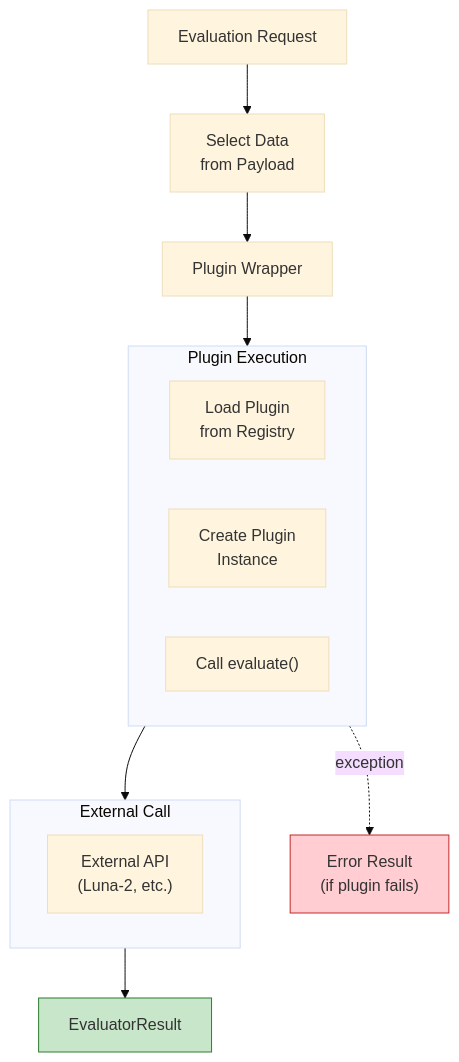
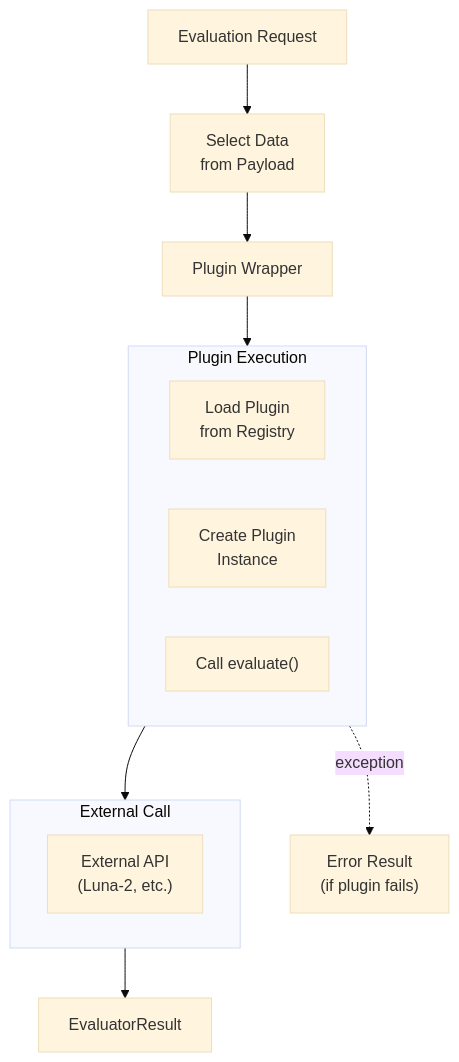
The fifth of 9 diagrams in diagrams/09-plugin-system.md (agentcontrol/agent-control), drawn with Mermaid (base theme) before and after one commit. The commit also changed other lines of this file and 9 other files, not shown here.

````diff
--- a/diagrams/09-plugin-system.md
+++ b/diagrams/09-plugin-system.md
@@ -131,32 +121,29 @@
 ```mermaid
 flowchart TD
     request["Evaluation Request"]
     
     select["Select Data<br/>from Payload"]
     
     wrapper["Plugin Wrapper"]
     
     subgraph plugin_exec["Plugin Execution"]
         load["Load Plugin<br/>from Registry"]
         instantiate["Create Plugin<br/>Instance"]
         call["Call evaluate()"]
     end
 
     subgraph external["External Call"]
         api["External API<br/>(Luna-2, etc.)"]
     end
 
     result["EvaluatorResult"]
     
     error["Error Result<br/>(if plugin fails)"]
 
     request --> select
     select --> wrapper
     wrapper --> plugin_exec
     plugin_exec --> external
     external --> result
     plugin_exec -.->|exception| error
-
-    style result fill:#c8e6c9,stroke:#2e7d32
-    style error fill:#ffcdd2,stroke:#c62828
 ```
````
